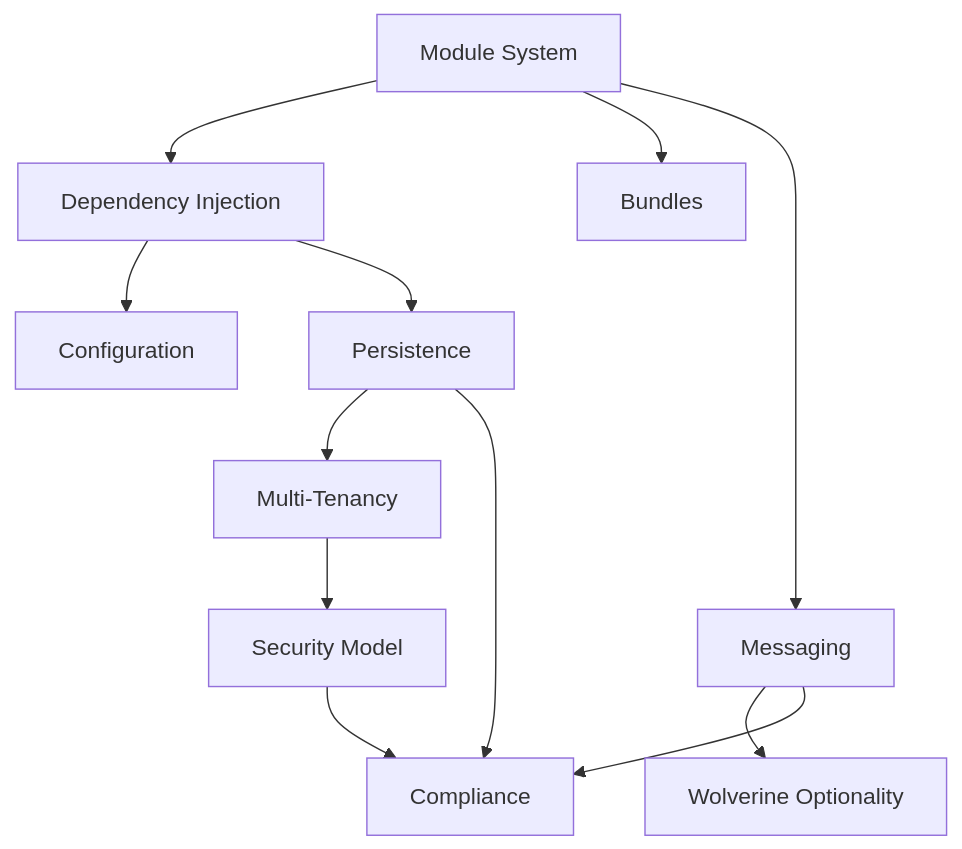
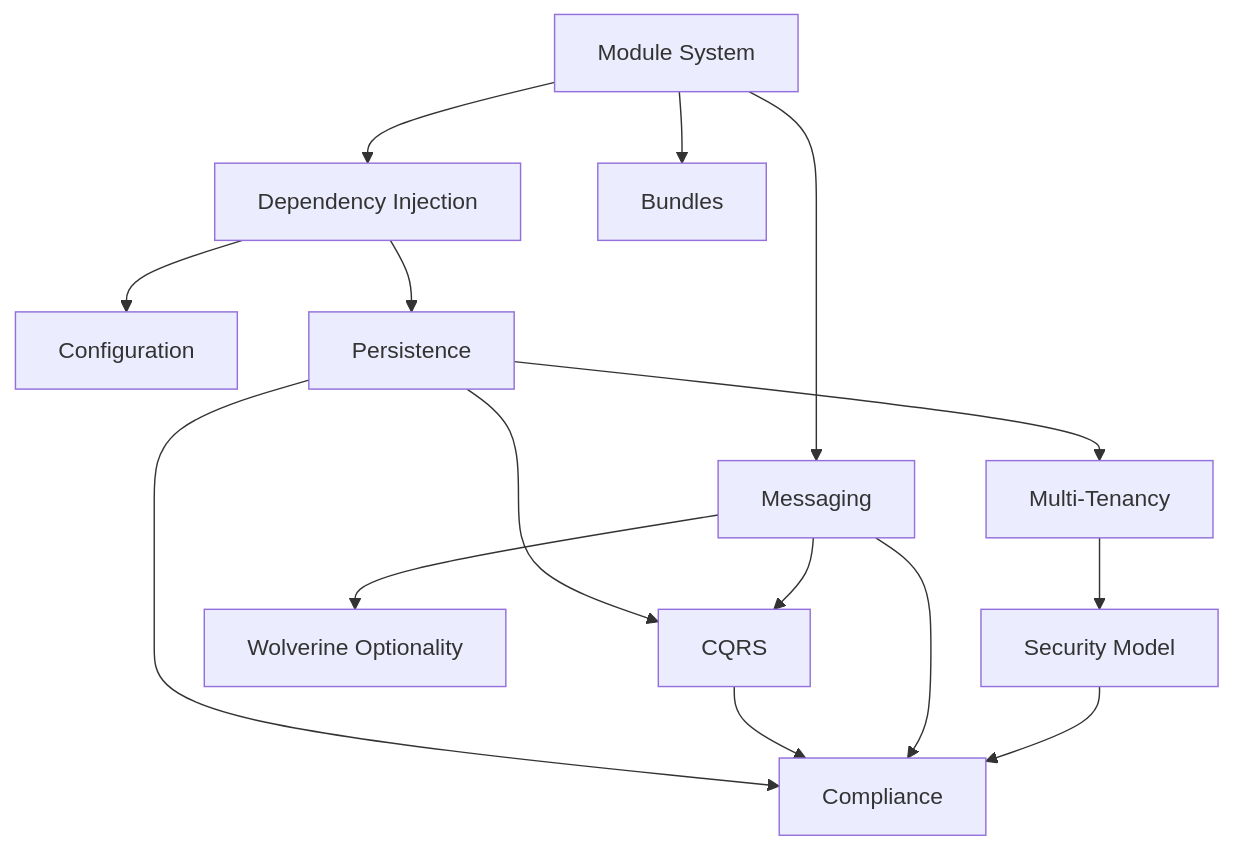
The diagram in docs-site/src/content/docs/dotnet/concepts/index.md (granit-fx/granit-dotnet), drawn with Mermaid before and after one commit. The commit also changed other lines of this file and 6 other files, not shown here.

````diff
--- a/docs-site/src/content/docs/dotnet/concepts/index.md
+++ b/docs-site/src/content/docs/dotnet/concepts/index.md
@@ -19,14 +19,17 @@
 ```mermaid
 graph TD
     MS[Module System] --> DI[Dependency Injection]
     MS --> Bundles
     DI --> Config[Configuration]
     DI --> P[Persistence]
+    P --> CQRS[CQRS]
     P --> MT[Multi-Tenancy]
     P --> C[Compliance]
+    CQRS --> C
     MS --> Msg[Messaging]
+    Msg --> CQRS
     Msg --> WO[Wolverine Optionality]
     Msg --> C
     MT --> SM[Security Model]
     SM --> C
 ```
````
